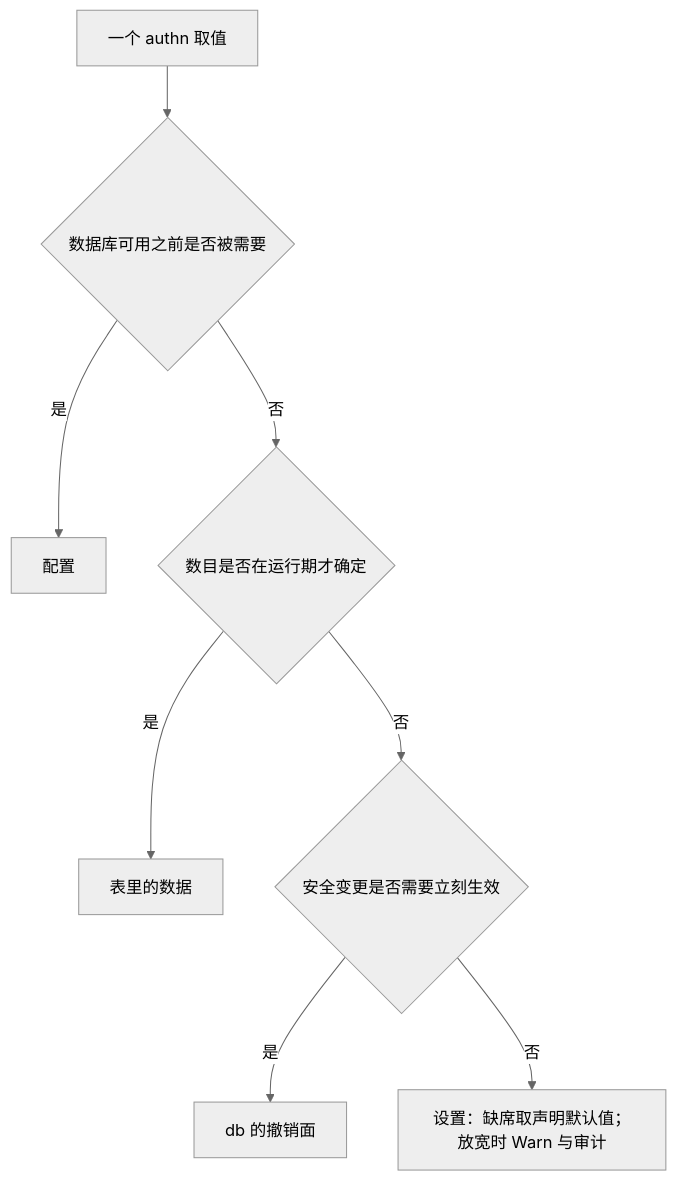
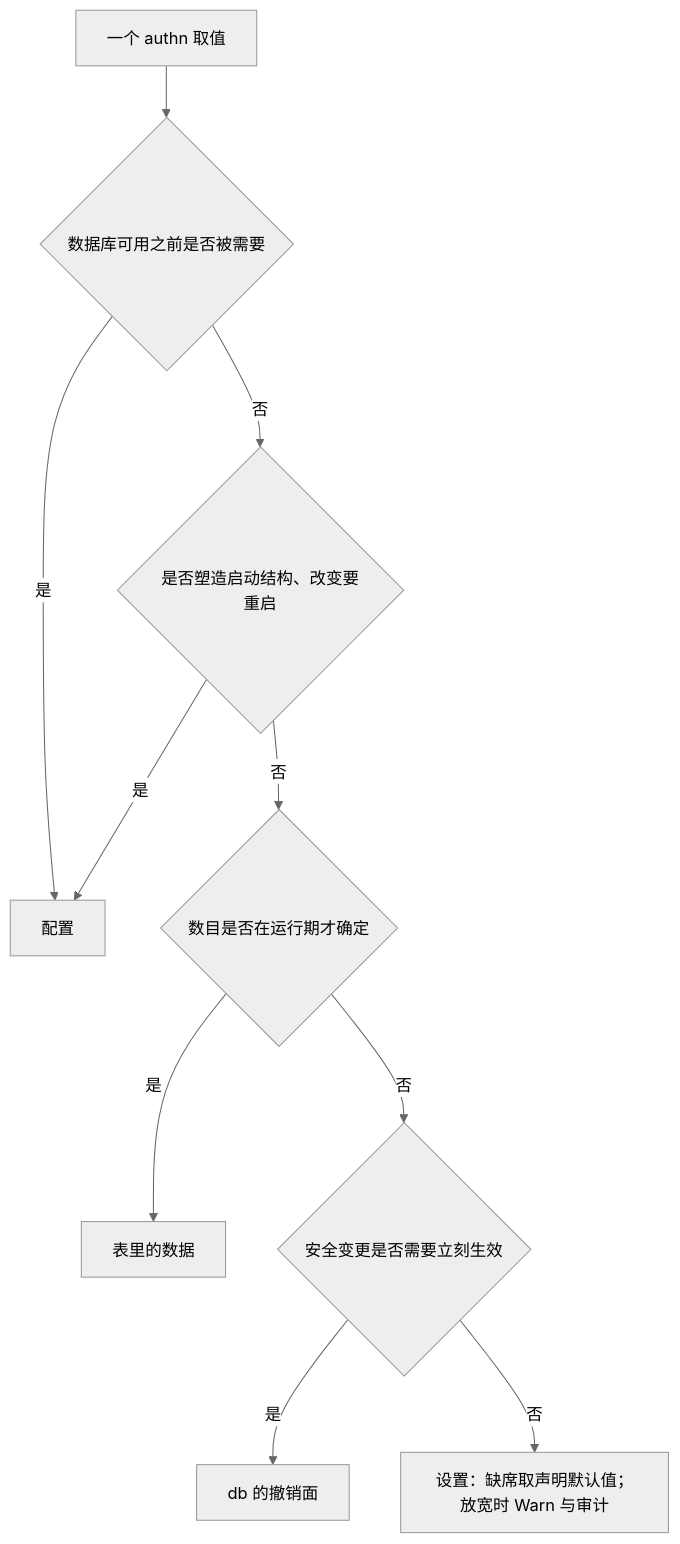
One commit to wangzw/speed changed the diagram in docs/adr/adr-authn-settings-and-secrets-2026-10-10.md. Above: the diagram before and after it, drawn with Mermaid (neutral theme). The commit also changed other lines of this file and 29 other files, not shown here.

````diff
--- a/docs/adr/adr-authn-settings-and-secrets-2026-10-10.md
+++ b/docs/adr/adr-authn-settings-and-secrets-2026-10-10.md
@@ -148,10 +149,12 @@
 ```mermaid
 flowchart TD
     V["一个 authn 取值"] --> Q1{"数据库可用之前是否被需要"}
     Q1 -- 是 --> C["配置"]
-    Q1 -- 否 --> Q2{"数目是否在运行期才确定"}
+    Q1 -- 否 --> QB{"是否塑造启动结构、改变要重启"}
+    QB -- 是 --> C
+    QB -- 否 --> Q2{"数目是否在运行期才确定"}
     Q2 -- 是 --> D["表里的数据"]
     Q2 -- 否 --> Q3{"安全变更是否需要立刻生效"}
     Q3 -- 是 --> R["db 的撤销面"]
     Q3 -- 否 --> S["设置：缺席取声明默认值；放宽时 Warn 与审计"]
 ```
````
